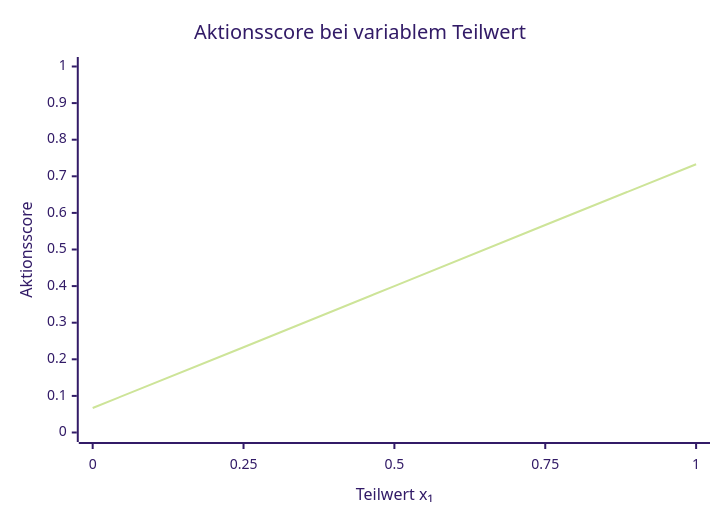
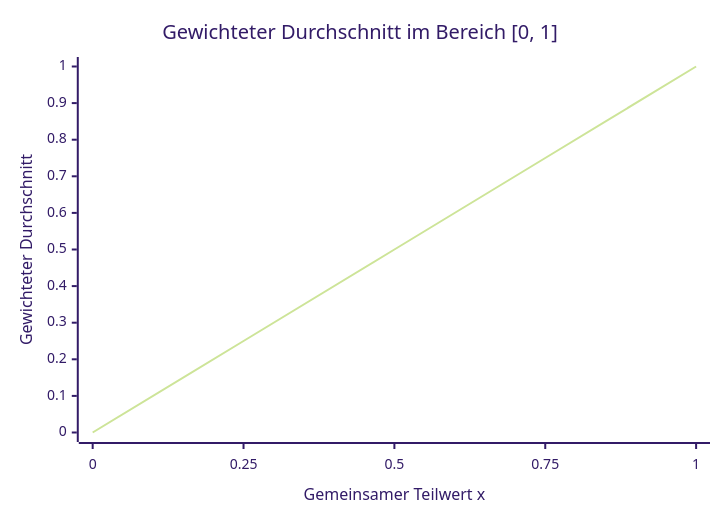
Diagram 12 of 15 in README.md (ghackenberg/SpineML), drawn with Mermaid (forest theme) before and after one commit. The commit also changed other lines of this file, not shown here.

````diff
--- a/README.md
+++ b/README.md
@@ -1843,7 +1844,7 @@
 ```mermaid
 xychart-beta
-    title "Aktionsscore bei variablem Teilwert"
-    x-axis "Teilwert x₁" [0, 0.25, 0.5, 0.75, 1]
-    y-axis "Aktionsscore" 0 --> 1
-    line [0.067, 0.233, 0.4, 0.567, 0.733]
+    title "Gewichteter Durchschnitt im Bereich [0, 1]"
+    x-axis "Gemeinsamer Teilwert x" [0, 0.25, 0.5, 0.75, 1]
+    y-axis "Gewichteter Durchschnitt" 0 --> 1
+    line [0, 0.25, 0.5, 0.75, 1]
 ```
````
